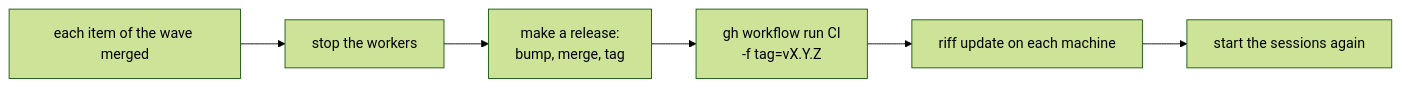
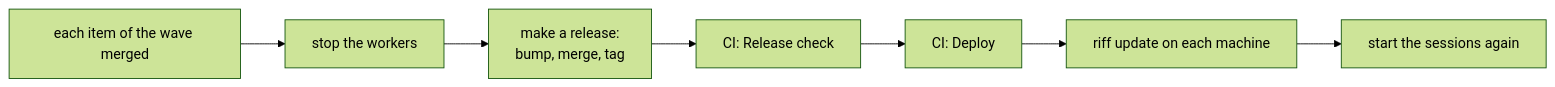
The third of 3 diagrams in docs/src/development.md (como-technologies/riff), drawn with Mermaid (forest theme) before and after one commit. The commit also changed other lines of this file and 10 other files, not shown here.

First line of the commit message:
Deploy the shared riff when a release tag is pushed (#235)

````diff
--- a/docs/src/development.md
+++ b/docs/src/development.md
@@ -769,8 +772,9 @@
 ```mermaid
 flowchart LR
     M[each item of the wave merged] --> S[stop the workers]
     S --> V[make a release:<br/>bump, merge, tag]
-    V --> D["gh workflow run CI<br/>-f tag=vX.Y.Z"]
+    V --> C[CI: Release check]
+    C --> D[CI: Deploy]
     D --> U[riff update on each machine]
     U --> R[start the sessions again]
 ```
````
